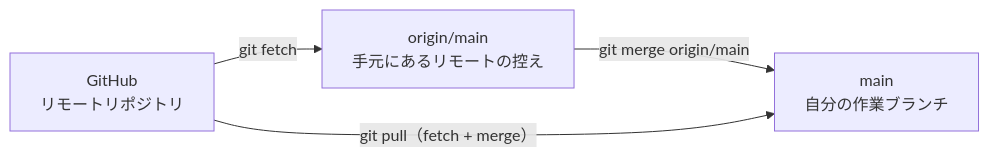
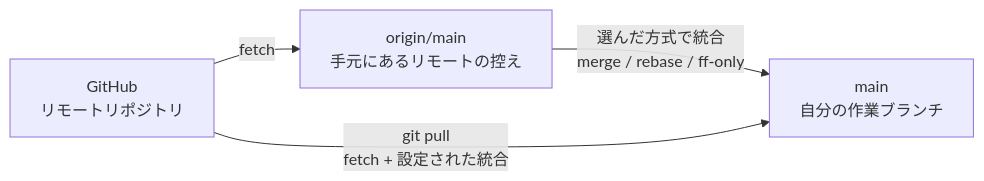
Before and after one commit to kwaka1208/zenn: the first of 2 diagrams in books/git-github-tutorial/10_clone-pull.md, drawn with Mermaid. The commit also changed other lines of this file and 17 other files, not shown here.

````diff
--- a/books/git-github-tutorial/10_clone-pull.md
+++ b/books/git-github-tutorial/10_clone-pull.md
@@ -146,6 +154,6 @@
 ```mermaid
 flowchart LR
-    G["GitHub<br/>リモートリポジトリ"] -- "git fetch" --> O["origin/main<br/>手元にあるリモートの控え"]
-    O -- "git merge origin/main" --> M["main<br/>自分の作業ブランチ"]
-    G -- "git pull（fetch + merge）" --> M
+    G["GitHub<br/>リモートリポジトリ"] -- "fetch" --> O["origin/main<br/>手元にあるリモートの控え"]
+    O -- "選んだ方式で統合<br/>merge / rebase / ff-only" --> M["main<br/>自分の作業ブランチ"]
+    G -- "git pull<br/>fetch + 設定された統合" --> M
 ```
````
